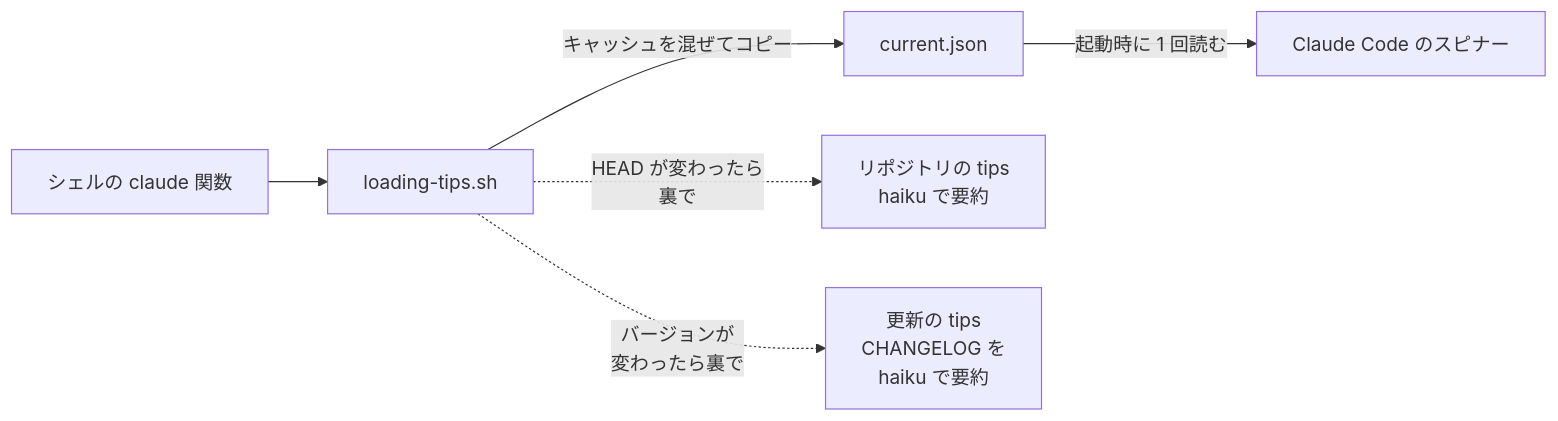
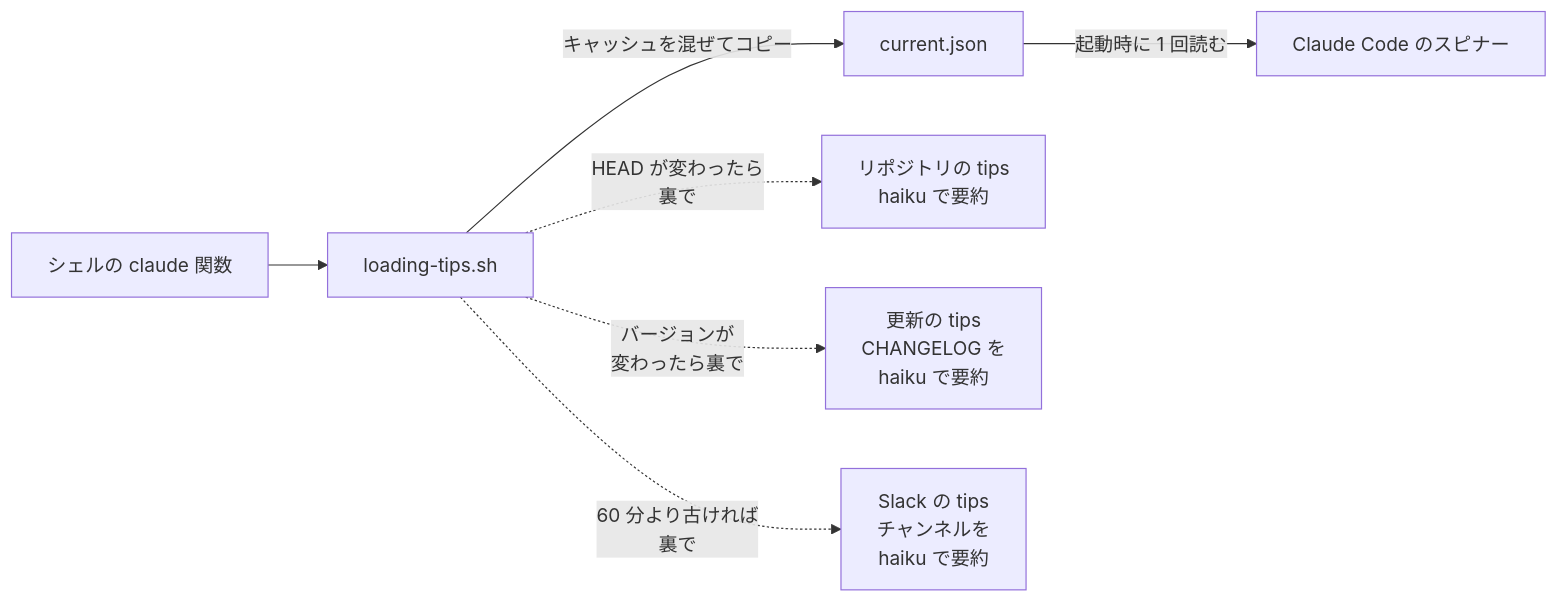
Before and after one commit to kimuchanman/kimuchanman.github.io: the diagram in src/content/blog/claude-code-spinner-tips.md, drawn with Mermaid. The commit also changed other lines of this file, not shown here.

Commit message:
Add the Slack tips section

````diff
--- a/src/content/blog/claude-code-spinner-tips.md
+++ b/src/content/blog/claude-code-spinner-tips.md
@@ -22,8 +23,9 @@
 ```mermaid
 flowchart LR
   F["シェルの claude 関数"] --> S["loading-tips.sh"]
   S -- "キャッシュを混ぜてコピー" --> C["current.json"]
   C -- "起動時に 1 回読む" --> CC["Claude Code のスピナー"]
   S -. "HEAD が変わったら<br/>裏で" .-> R["リポジトリの tips<br/>haiku で要約"]
   S -. "バージョンが<br/>変わったら裏で" .-> U["更新の tips<br/>CHANGELOG を<br/>haiku で要約"]
+  S -. "60 分より古ければ<br/>裏で" .-> K["Slack の tips<br/>チャンネルを<br/>haiku で要約"]
 ```
````
